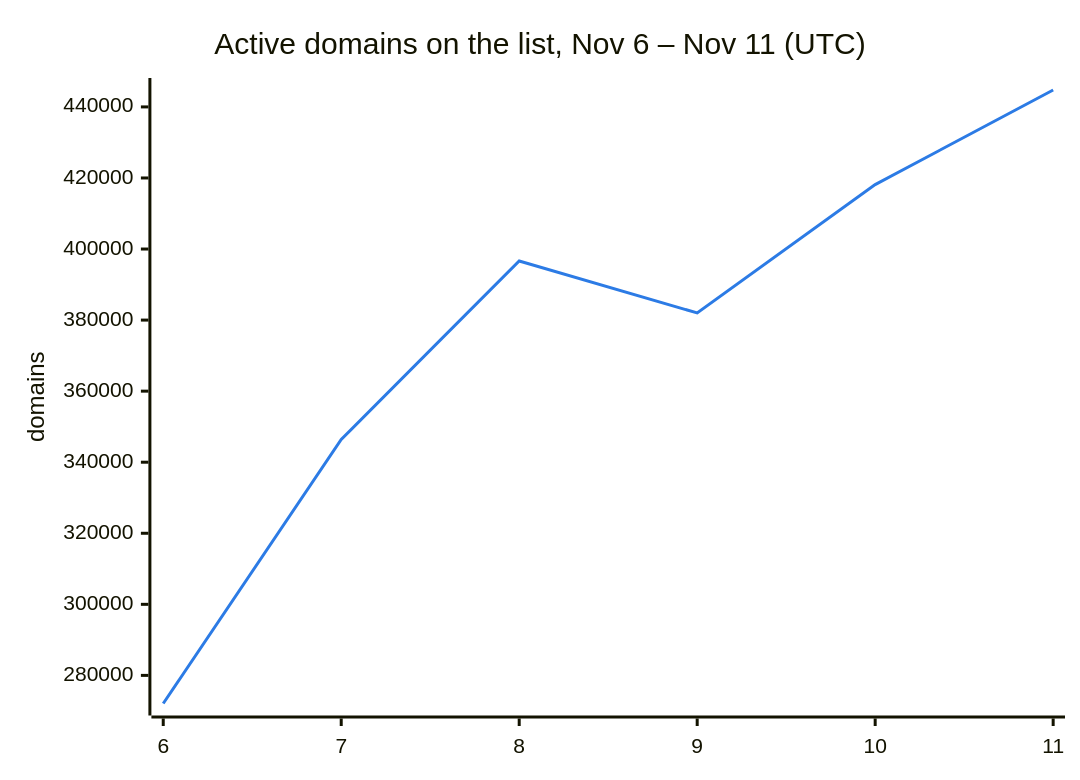
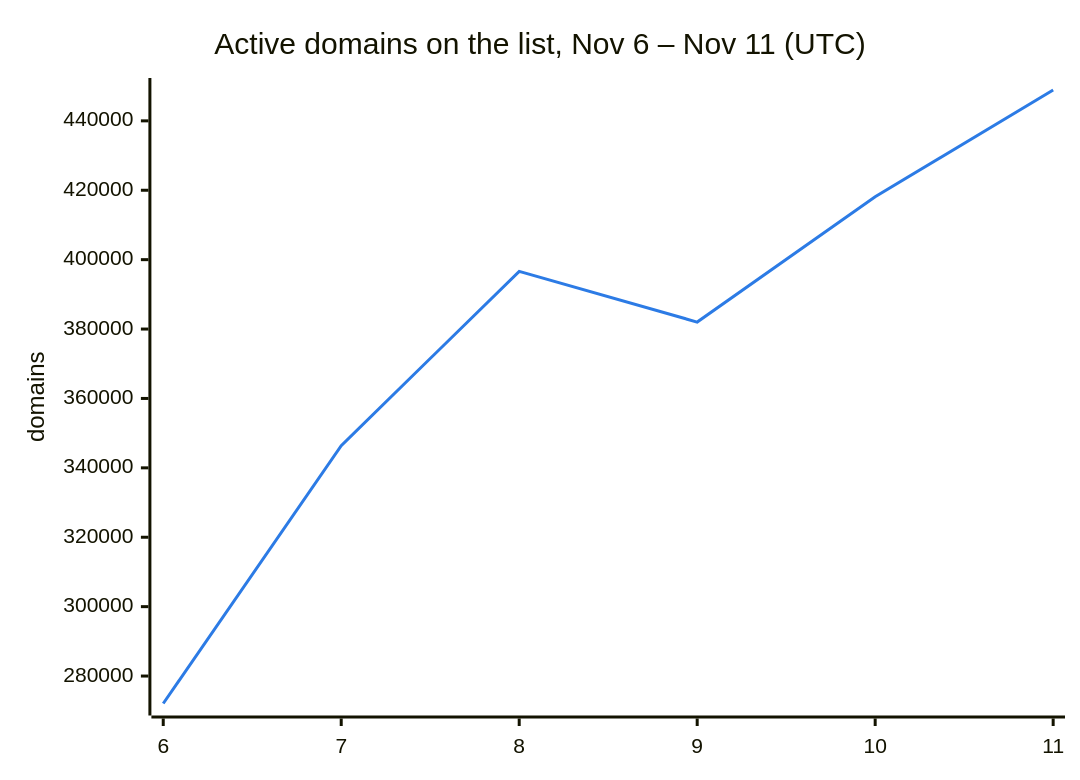
The second of 3 diagrams in README.md (DNSBunker/CTI), drawn with Mermaid before and after one commit. The commit also changed other lines of this file and 3 other files, not shown here.

````diff
--- a/README.md
+++ b/README.md
@@ -38,8 +38,8 @@
 ```mermaid
 %%{init: {"themeVariables": {"xyChart": {"plotColorPalette": "#2c7be5"}}}}%%
 xychart-beta
     title "Active domains on the list, Nov 6 – Nov 11 (UTC)"
     x-axis ["6", "7", "8", "9", "10", "11"]
     y-axis "domains"
-    line [272088, 346388, 396638, 382009, 418143, 444760]
+    line [272088, 346388, 396638, 382009, 418143, 448892]
 ```
````
